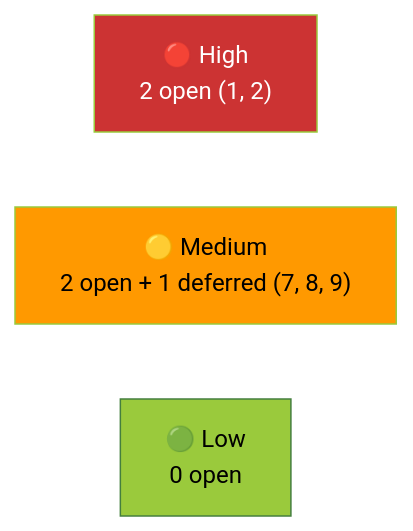
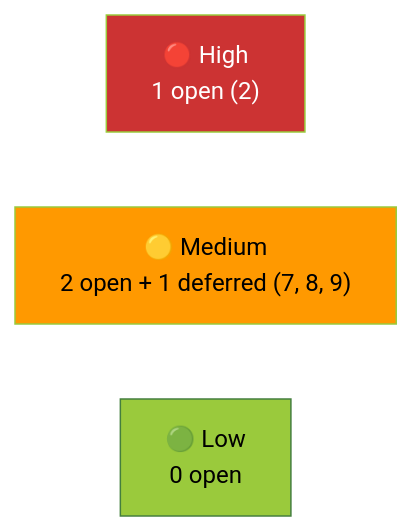
Before and after one commit to marcelofrau/xb-homebrew-vault: the diagram in docs/tech-debt.md, drawn with Mermaid. The commit also changed other lines of this file and 1 other file, not shown here.

First line of the commit message:
docs: track D02 dep-settle fix (install-flow v2.1) + tech-debt refresh

````diff
--- a/docs/tech-debt.md
+++ b/docs/tech-debt.md
@@ -265,10 +269,10 @@
 ```mermaid
 graph LR
-    H["🔴 High<br/>2 open (1, 2)"]
+    H["🔴 High<br/>1 open (2)"]
     M["🟡 Medium<br/>2 open + 1 deferred (7, 8, 9)"]
     L["🟢 Low<br/>0 open"]
 
     style H fill:#CC3333,stroke:#9ACA3C,color:#fff
     style M fill:#FF9900,stroke:#9ACA3C,color:#000
     style L fill:#9ACA3C,stroke:#447F3E,color:#000
 ```
````
